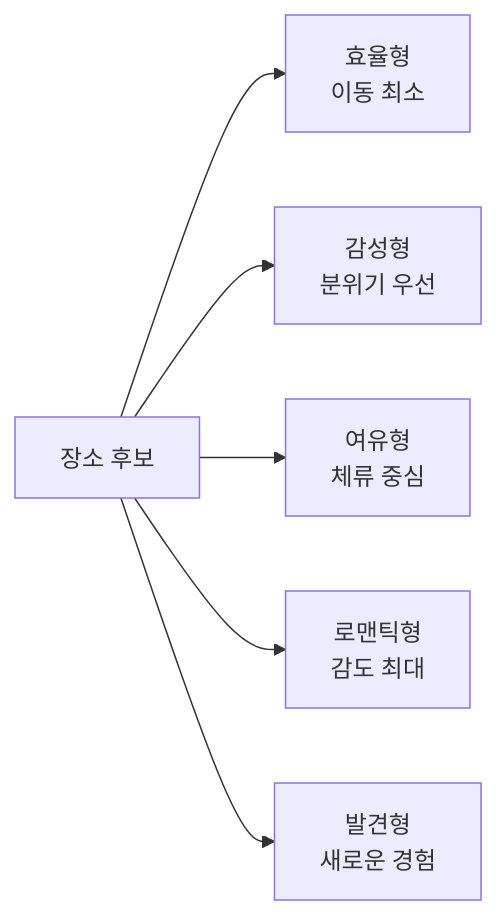
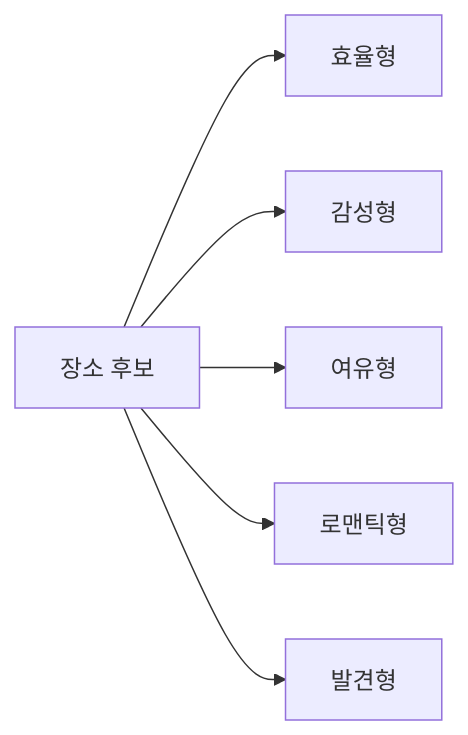
The fourth of 4 diagrams in README.md (soccz/forjp), drawn with Mermaid before and after one commit. The commit also changed other lines of this file, not shown here.

Commit message:
fix: README Mermaid 렌더링 오류 수정

````diff
--- a/README.md
+++ b/README.md
@@ -111,8 +111,8 @@
 ```mermaid
 flowchart LR
-    Cand[장소 후보] --> E[효율형\n이동 최소]
-    Cand --> M[감성형\n분위기 우선]
-    Cand --> R[여유형\n체류 중심]
-    Cand --> RO[로맨틱형\n감도 최대]
-    Cand --> D[발견형\n새로운 경험]
+    Cand[장소 후보] --> E[효율형]
+    Cand --> M[감성형]
+    Cand --> R[여유형]
+    Cand --> RO[로맨틱형]
+    Cand --> D[발견형]
 ```
````
